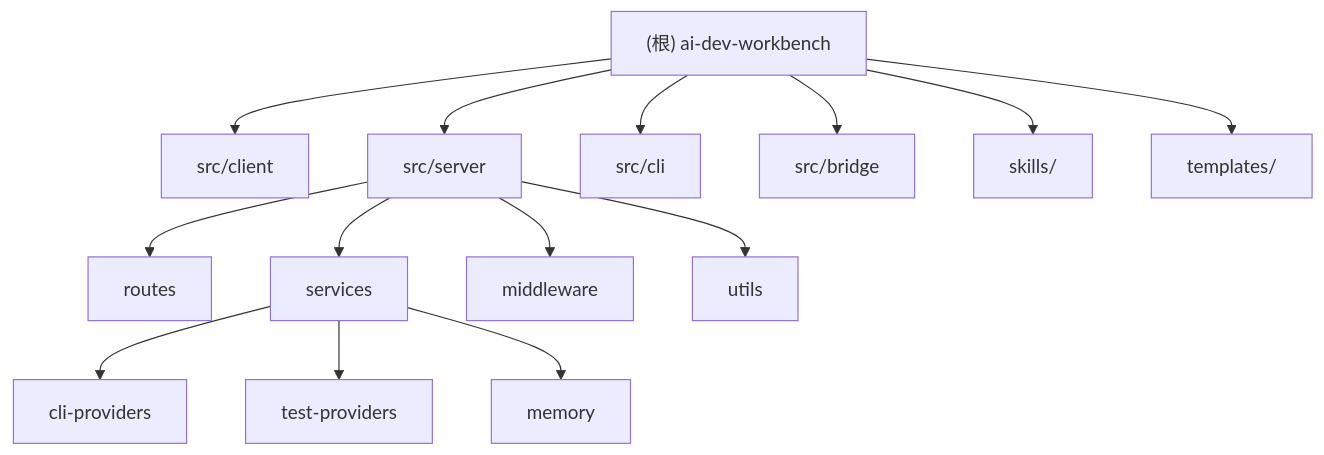
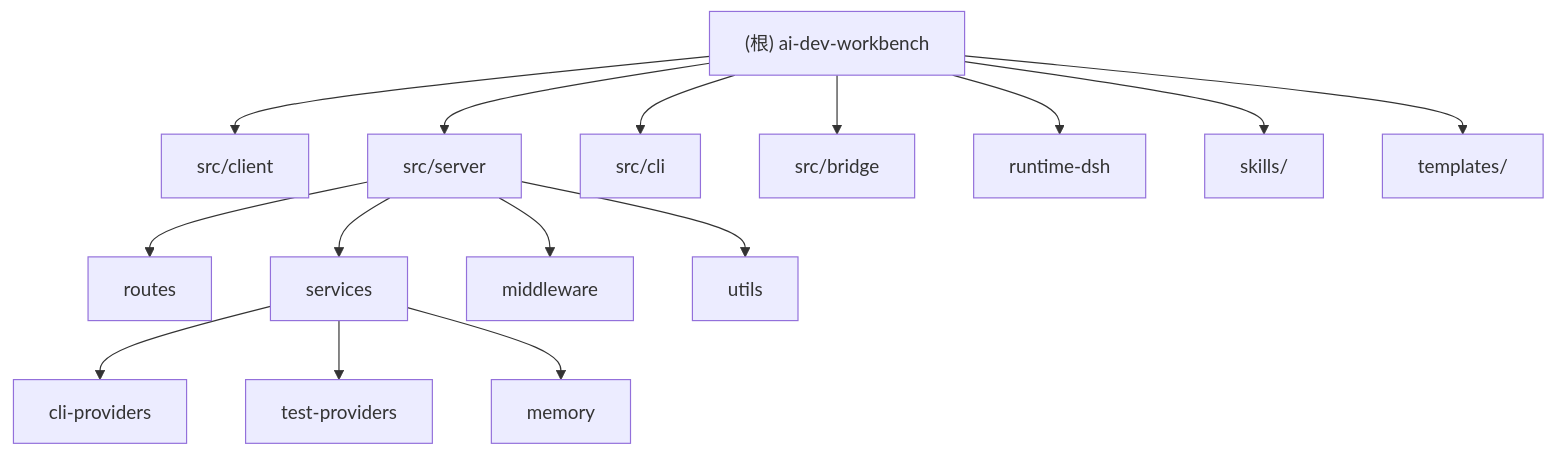
Before and after one commit to oCo0c0/ai-dev-workflow: the diagram in CLAUDE.md, drawn with Mermaid. The commit also changed other lines of this file and 25 other files, not shown here.

````diff
--- a/CLAUDE.md
+++ b/CLAUDE.md
@@ -20,23 +20,24 @@
 ```mermaid
 graph TD
     ROOT["(根) ai-dev-workbench"] --> CLIENT["src/client"]
     ROOT --> SERVER["src/server"]
     ROOT --> CLI["src/cli"]
     ROOT --> BRIDGE["src/bridge"]
+    ROOT --> RUNTIME_DSH["runtime-dsh"]
     ROOT --> SKILLS["skills/"]
     ROOT --> TEMPLATES["templates/"]
 
     SERVER --> ROUTES["routes"]
     SERVER --> SERVICES["services"]
     SERVER --> MIDDLEWARE["middleware"]
     SERVER --> UTILS["utils"]
 
     SERVICES --> CLI_PROVIDERS["cli-providers"]
     SERVICES --> TEST_PROVIDERS["test-providers"]
     SERVICES --> MEMORY["memory"]
 
     click CLIENT "./src/client/CLAUDE.md" "查看 client 模块文档"
     click SERVER "./src/server/CLAUDE.md" "查看 server 模块文档"
     click CLI "./src/cli/CLAUDE.md" "查看 cli 模块文档"
     click BRIDGE "./src/bridge/CLAUDE.md" "查看 bridge 模块文档"
 ```
````
